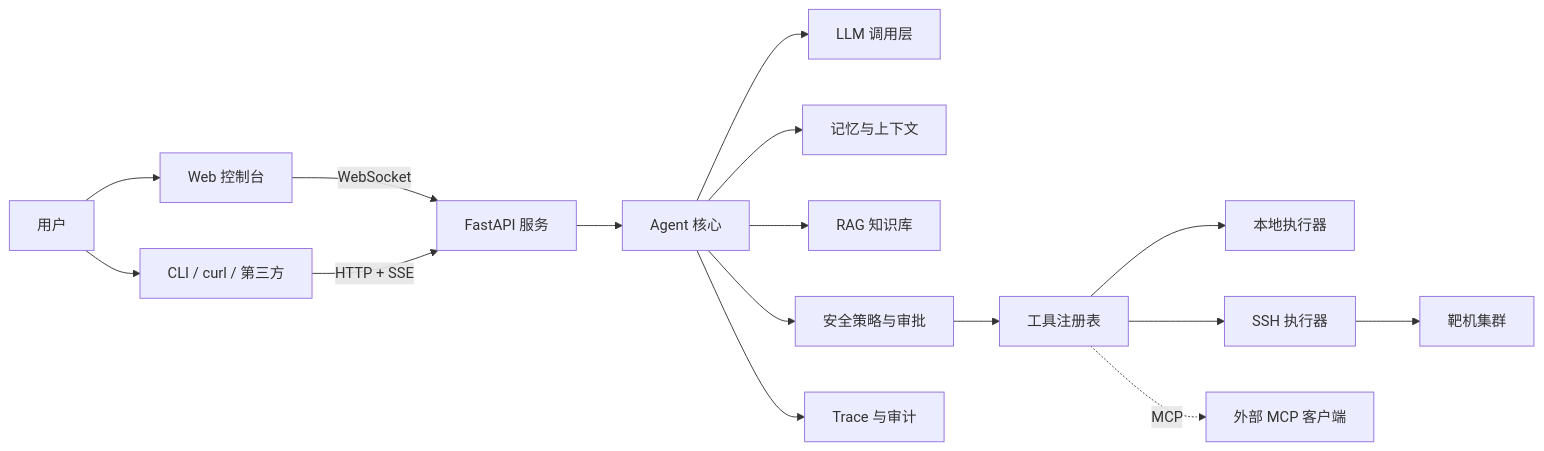
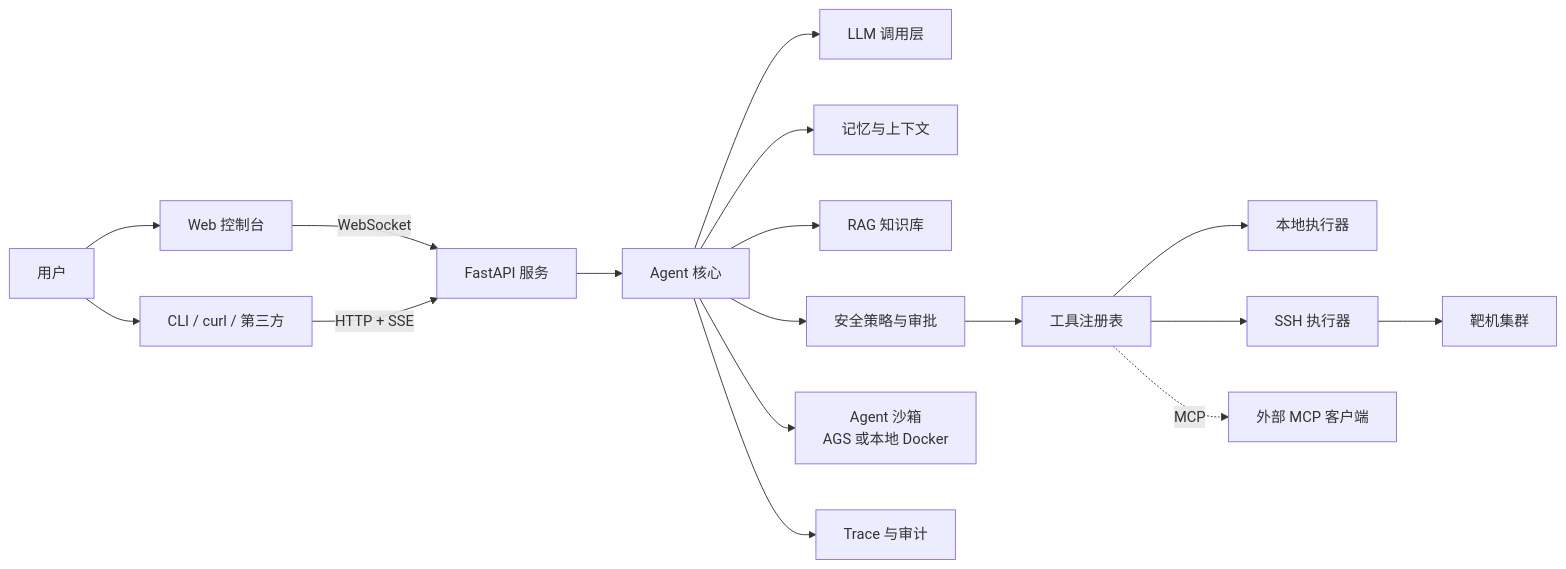
Before and after one commit to evaevable/server-agent: the diagram in README.md, drawn with Mermaid. The commit also changed other lines of this file and 2 other files, not shown here.

First line of the commit message:
大纲新增第 11 章：Agent 沙箱（腾讯云 AGS）

````diff
--- a/README.md
+++ b/README.md
@@ -36,18 +37,19 @@
 ```mermaid
 flowchart LR
     U["用户"] --> W["Web 控制台"]
     U --> C["CLI / curl / 第三方"]
     W -->|"WebSocket"| S["FastAPI 服务"]
     C -->|"HTTP + SSE"| S
     S --> A["Agent 核心"]
     A --> L["LLM 调用层"]
     A --> M["记忆与上下文"]
     A --> K["RAG 知识库"]
     A --> P["安全策略与审批"]
     P --> T["工具注册表"]
     T --> E1["本地执行器"]
     T --> E2["SSH 执行器"]
     E2 --> H["靶机集群"]
+    A --> SB["Agent 沙箱<br/>AGS 或本地 Docker"]
     A --> O["Trace 与审计"]
     T -.->|"MCP"| X["外部 MCP 客户端"]
 ```
````
